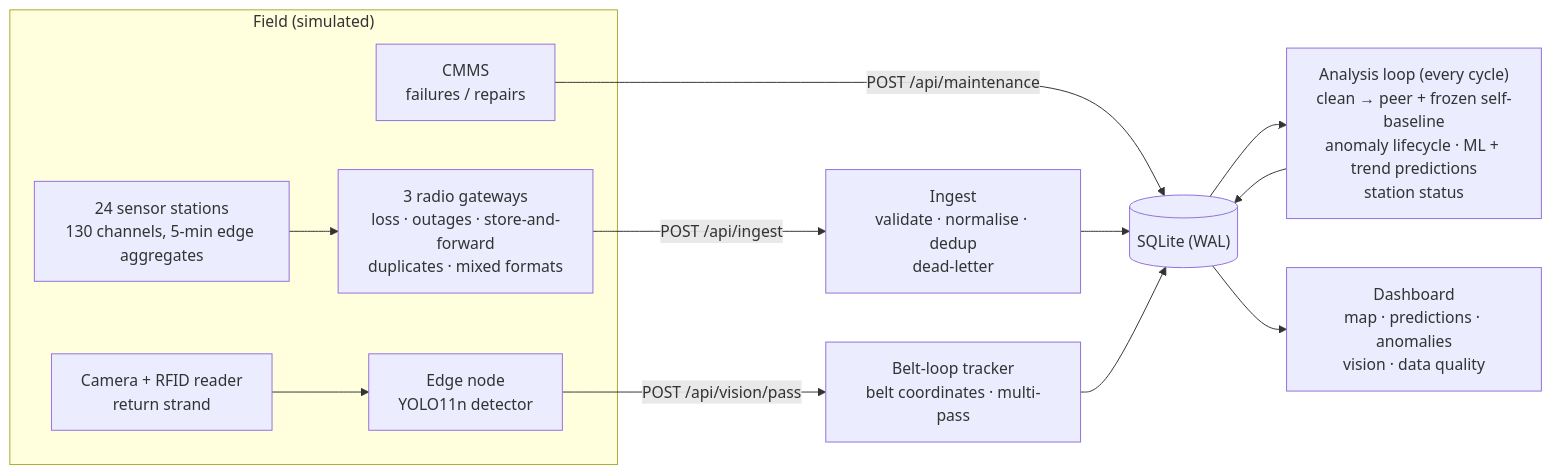
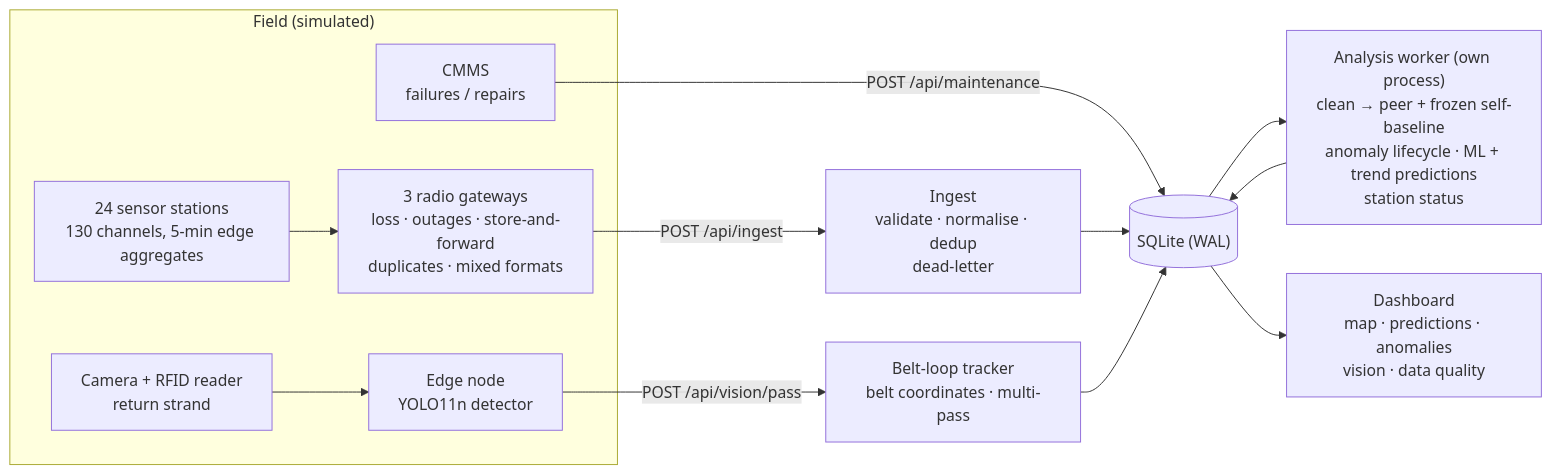
Before and after one commit to vivektalwar689/conveyor-belt-monitor: the diagram in README.md, drawn with Mermaid. The commit also changed other lines of this file and 7 other files, not shown here.

First line of the commit message:
Run analysis as a separate worker process

````diff
--- a/README.md
+++ b/README.md
@@ -75,16 +75,16 @@
 ```mermaid
 flowchart LR
   subgraph Field ["Field (simulated)"]
     S["24 sensor stations<br/>130 channels, 5-min edge aggregates"] --> GW["3 radio gateways<br/>loss · outages · store-and-forward<br/>duplicates · mixed formats"]
     CAM["Camera + RFID reader<br/>return strand"] --> EDGE["Edge node<br/>YOLO11n detector"]
     CMMS["CMMS<br/>failures / repairs"]
   end
   GW -->|"POST /api/ingest"| ING["Ingest<br/>validate · normalise · dedup<br/>dead-letter"]
   EDGE -->|"POST /api/vision/pass"| VIS["Belt-loop tracker<br/>belt coordinates · multi-pass"]
   CMMS -->|"POST /api/maintenance"| DB
   ING --> DB[("SQLite (WAL)")]
   VIS --> DB
-  DB --> AN["Analysis loop (every cycle)<br/>clean → peer + frozen self-baseline<br/>anomaly lifecycle · ML + trend predictions<br/>station status"]
+  DB --> AN["Analysis worker (own process)<br/>clean → peer + frozen self-baseline<br/>anomaly lifecycle · ML + trend predictions<br/>station status"]
   AN --> DB
   DB --> UI["Dashboard<br/>map · predictions · anomalies<br/>vision · data quality"]
 ```
````
